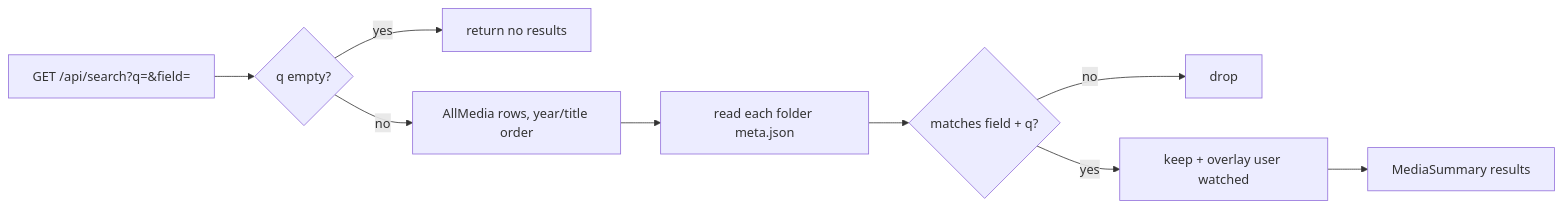
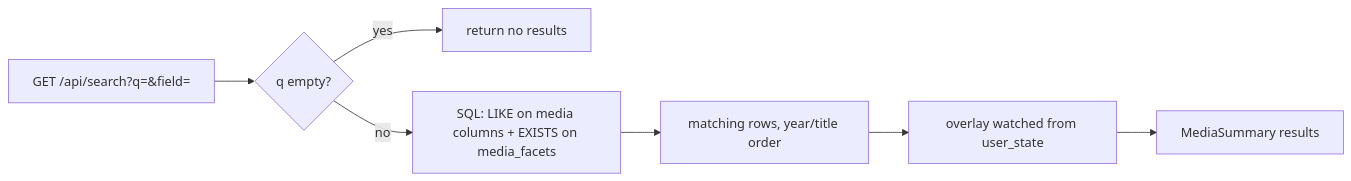
The third of 3 diagrams in docs/library.md (xuedi/FileFin), drawn with Mermaid before and after one commit. The commit also changed other lines of this file and 18 other files, not shown here.

````diff
--- a/docs/library.md
+++ b/docs/library.md
@@ -117,11 +133,9 @@
 ```mermaid
 flowchart LR
     Q[GET /api/search?q=&field=] --> E{q empty?}
     E -->|yes| NONE[return no results]
-    E -->|no| ALL[AllMedia rows, year/title order]
-    ALL --> META[read each folder meta.json]
-    META --> M{matches field + q?}
-    M -->|no| SKIP[drop]
-    M -->|yes| KEEP[keep + overlay user watched]
-    KEEP --> OUT[MediaSummary results]
+    E -->|no| SQL[SQL: LIKE on media columns + EXISTS on media_facets]
+    SQL --> ROWS[matching rows, year/title order]
+    ROWS --> WATCH[overlay watched from user_state]
+    WATCH --> OUT[MediaSummary results]
 ```
````
